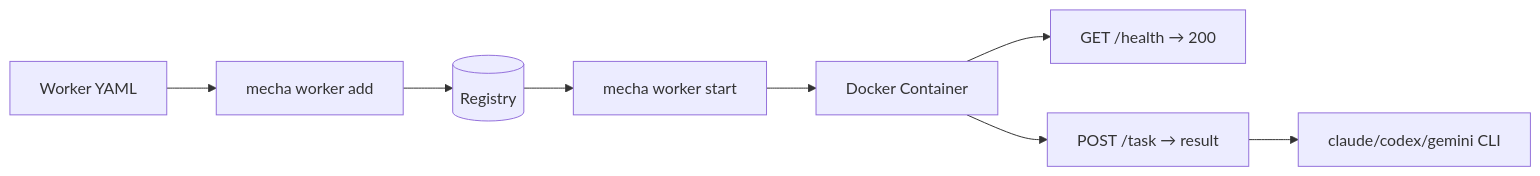
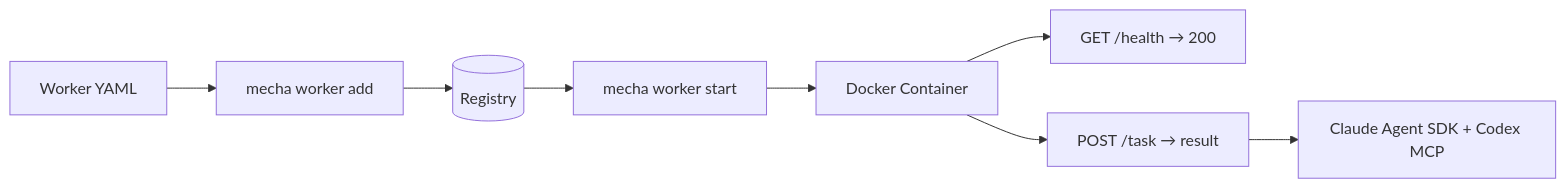
The first of 2 diagrams in website/guide/index.md (xiaolai/mecha.im), drawn with Mermaid before and after one commit. The commit also changed other lines of this file and 11 other files, not shown here.

````diff
--- a/website/guide/index.md
+++ b/website/guide/index.md
@@ -29,10 +29,10 @@
 ```mermaid
 flowchart LR
     YAML[Worker YAML] --> Add[mecha worker add]
     Add --> Registry[(Registry)]
     Registry --> Start[mecha worker start]
     Start --> Docker[Docker Container]
     Docker --> Health[GET /health → 200]
     Docker --> Task[POST /task → result]
-    Task --> CLI[claude/codex/gemini CLI]
+    Task --> SDK[Claude Agent SDK + Codex MCP]
 ```
````
